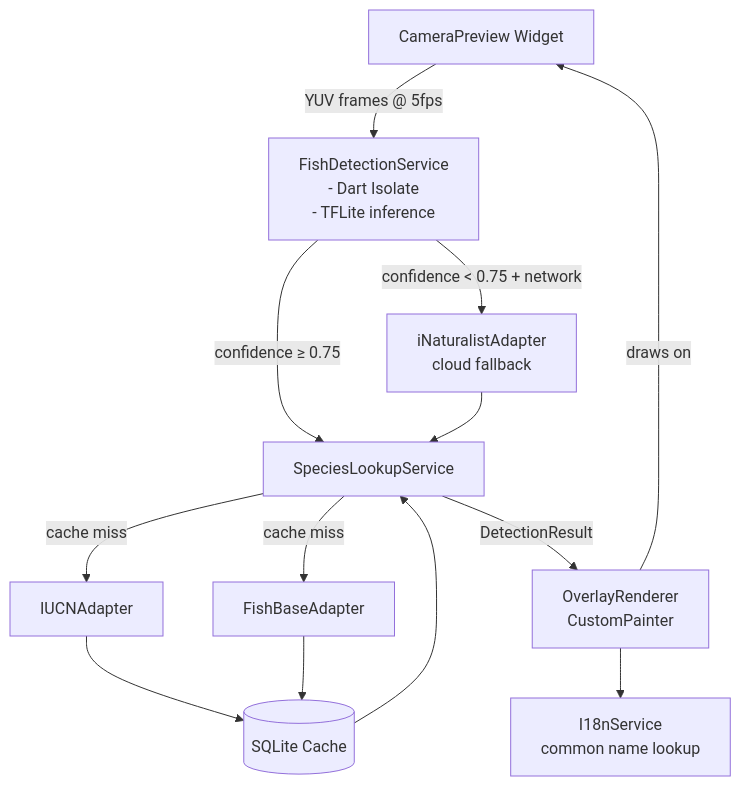
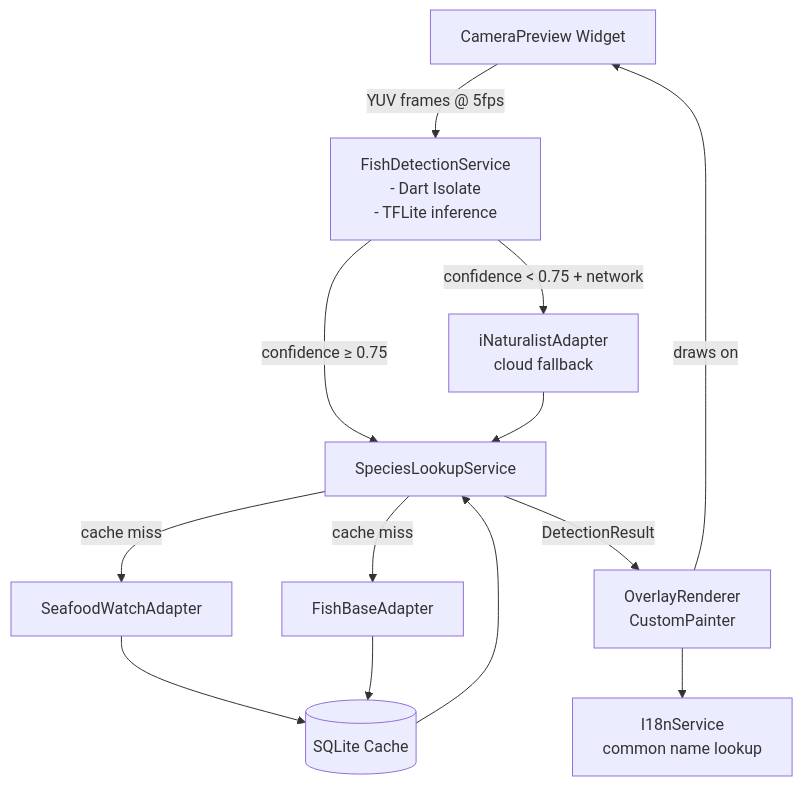
One commit to ruimcoder/ecopal changed the diagram in docs/features/fish-scanner.md. Above: the diagram before and after it, drawn with Mermaid. The commit also changed other lines of this file and 2 other files, not shown here.

First line of the commit message:
docs: remove IUCN references, align with ADR-004 Seafood Watch strategy

````diff
--- a/docs/features/fish-scanner.md
+++ b/docs/features/fish-scanner.md
@@ -139,15 +139,15 @@
 ```mermaid
 flowchart TD
     A[CameraPreview Widget] -->|YUV frames @ 5fps| B[FishDetectionService\n- Dart Isolate\n- TFLite inference]
     B -->|confidence ≥ 0.75| C[SpeciesLookupService]
     B -->|confidence < 0.75 + network| D[iNaturalistAdapter\ncloud fallback]
     D --> C
-    C -->|cache miss| E[IUCNAdapter]
+    C -->|cache miss| E[SeafoodWatchAdapter]
     C -->|cache miss| F[FishBaseAdapter]
     E --> G[(SQLite Cache)]
     F --> G
     G --> C
     C -->|DetectionResult| H[OverlayRenderer\nCustomPainter]
     H -->|draws on| A
     H --> I[I18nService\ncommon name lookup]
 ```
````
